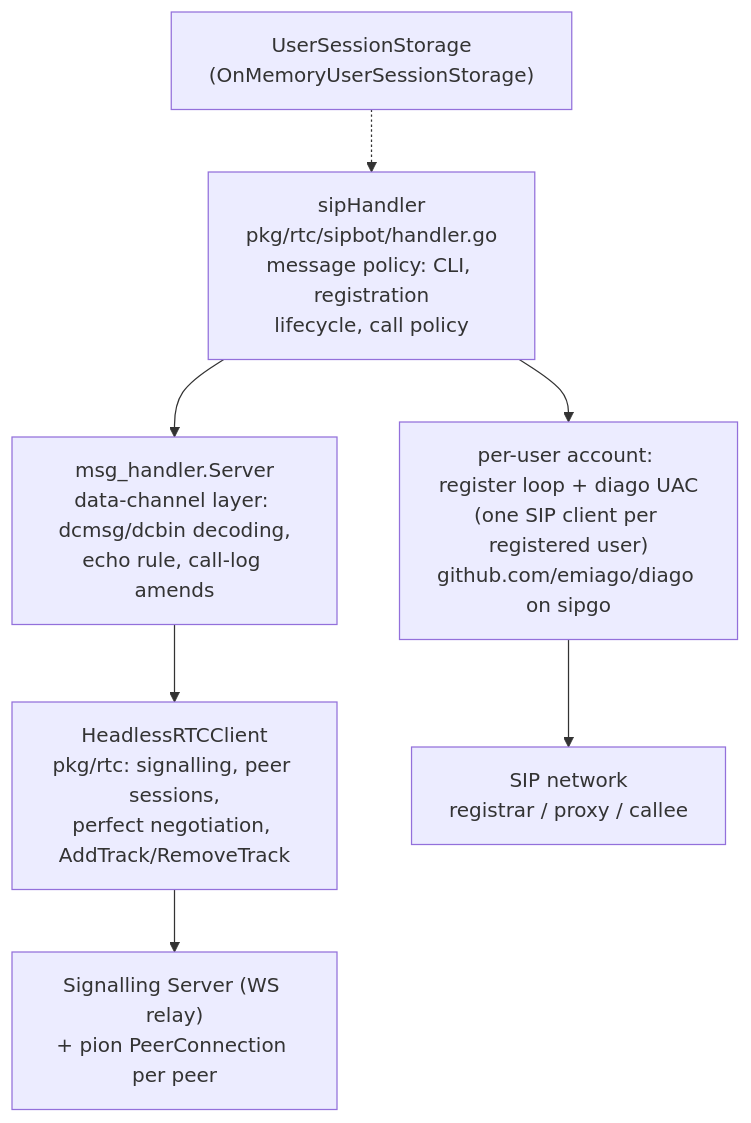
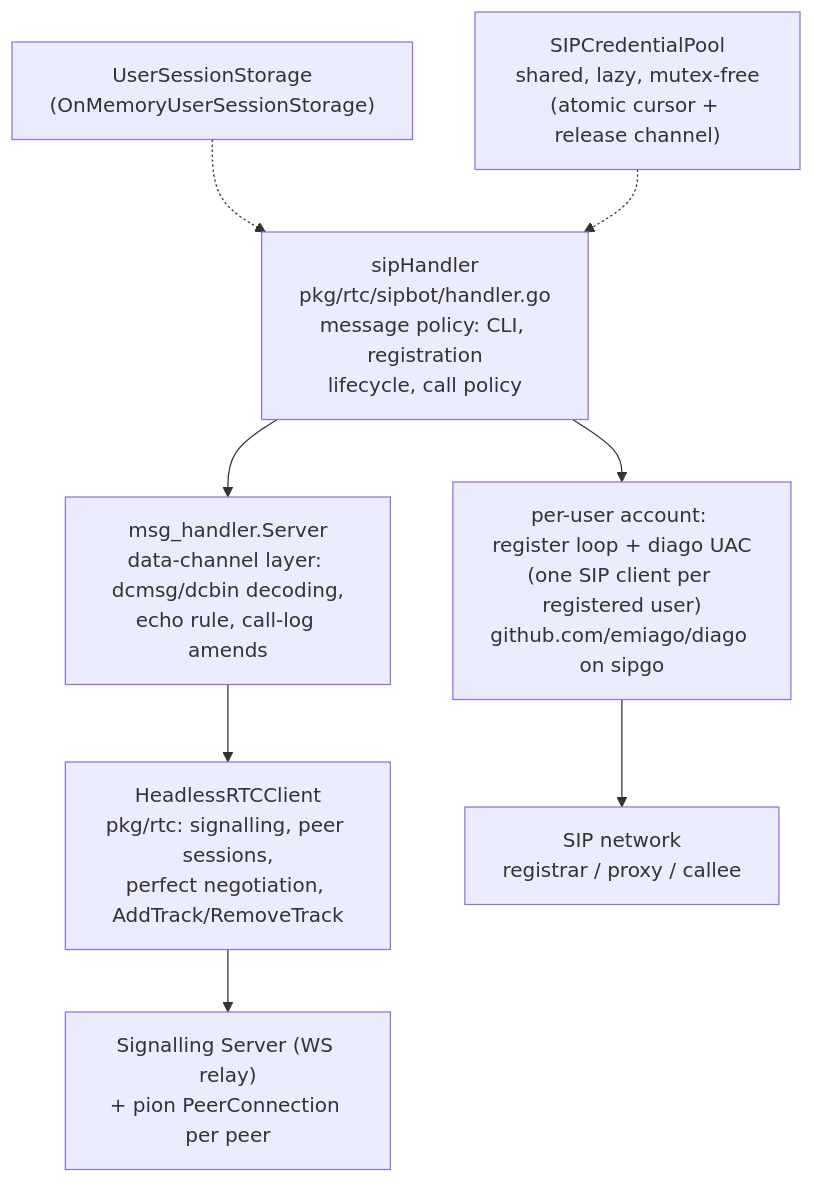
One commit to cmpxchg16b-nop/personal-site changed the first of 2 diagrams in docs/sip-bot.md. Above: the diagram before and after it, drawn with Mermaid. The commit also changed other lines of this file and 15 other files, not shown here.

````diff
--- a/docs/sip-bot.md
+++ b/docs/sip-bot.md
@@ -40,9 +40,10 @@
 ```mermaid
 graph TD
     A["sipHandler<br/>pkg/rtc/sipbot/handler.go<br/>message policy: CLI, registration<br/>lifecycle, call policy"] --> B["msg_handler.Server<br/>data-channel layer: dcmsg/dcbin decoding,<br/>echo rule, call-log amends"]
     B --> C["HeadlessRTCClient<br/>pkg/rtc: signalling, peer sessions,<br/>perfect negotiation, AddTrack/RemoveTrack"]
     C --> D["Signalling Server (WS relay)<br/>+ pion PeerConnection per peer"]
     A --> E["per-user account: register loop + diago UAC<br/>(one SIP client per registered user)<br/>github.com/emiago/diago on sipgo"]
     E --> F["SIP network<br/>registrar / proxy / callee"]
     G["UserSessionStorage<br/>(OnMemoryUserSessionStorage)"] -.-> A
+    H["SIPCredentialPool<br/>shared, lazy, mutex-free<br/>(atomic cursor + release channel)"] -.-> A
 ```
````
